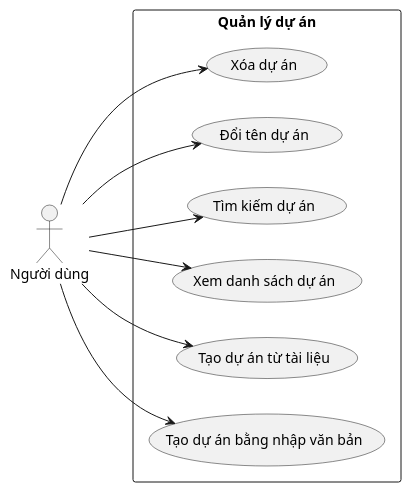
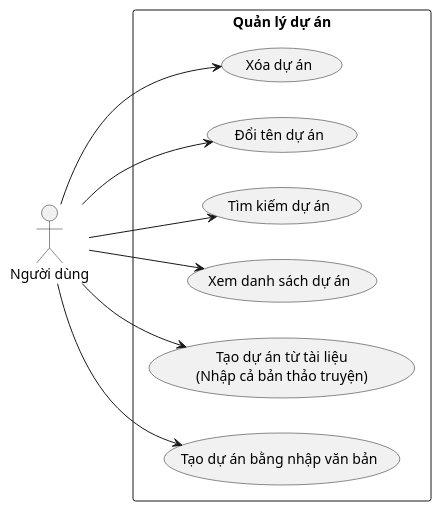
One commit to 202416852-anhpv/story2video-docs changed the diagram in docs/bieu-do-uc/bieu-do-uc-chi-tiet/viet-anh/quan-ly-du-an.puml. Above: the diagram before and after it, drawn with PlantUML. The commit also changed 4 other files, not shown here.

```diff
--- a/docs/bieu-do-uc/bieu-do-uc-chi-tiet/viet-anh/quan-ly-du-an.puml
+++ b/docs/bieu-do-uc/bieu-do-uc-chi-tiet/viet-anh/quan-ly-du-an.puml
@@ -1,22 +1,22 @@
 @startuml quan-ly-du-an
 left to right direction
 
 actor "Người dùng" as User
 
 rectangle "Quản lý dự án" {
     usecase "Xóa dự án" as UC_01
     usecase "Đổi tên dự án" as UC_02
     usecase "Tìm kiếm dự án" as UC_03
     usecase "Xem danh sách dự án" as UC_04
-    usecase "Tạo dự án từ tài liệu" as UC_05
+    usecase "Tạo dự án từ tài liệu\n(Nhập cả bản thảo truyện)" as UC_05
     usecase "Tạo dự án bằng nhập văn bản" as UC_06
 }
 
 User --> UC_01
 User --> UC_02
 User --> UC_03
 User --> UC_04
 User --> UC_05
 User --> UC_06
 
 @enduml
```
